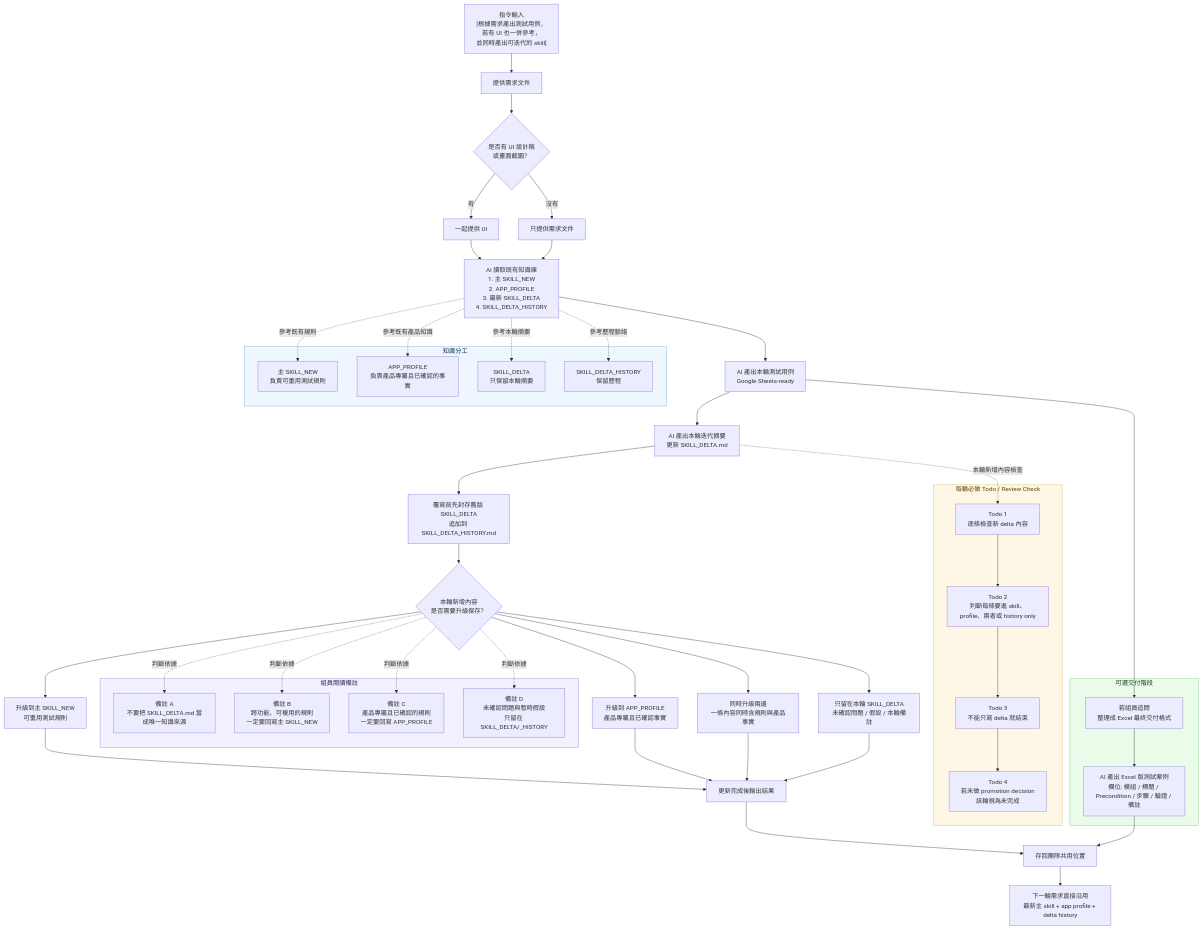
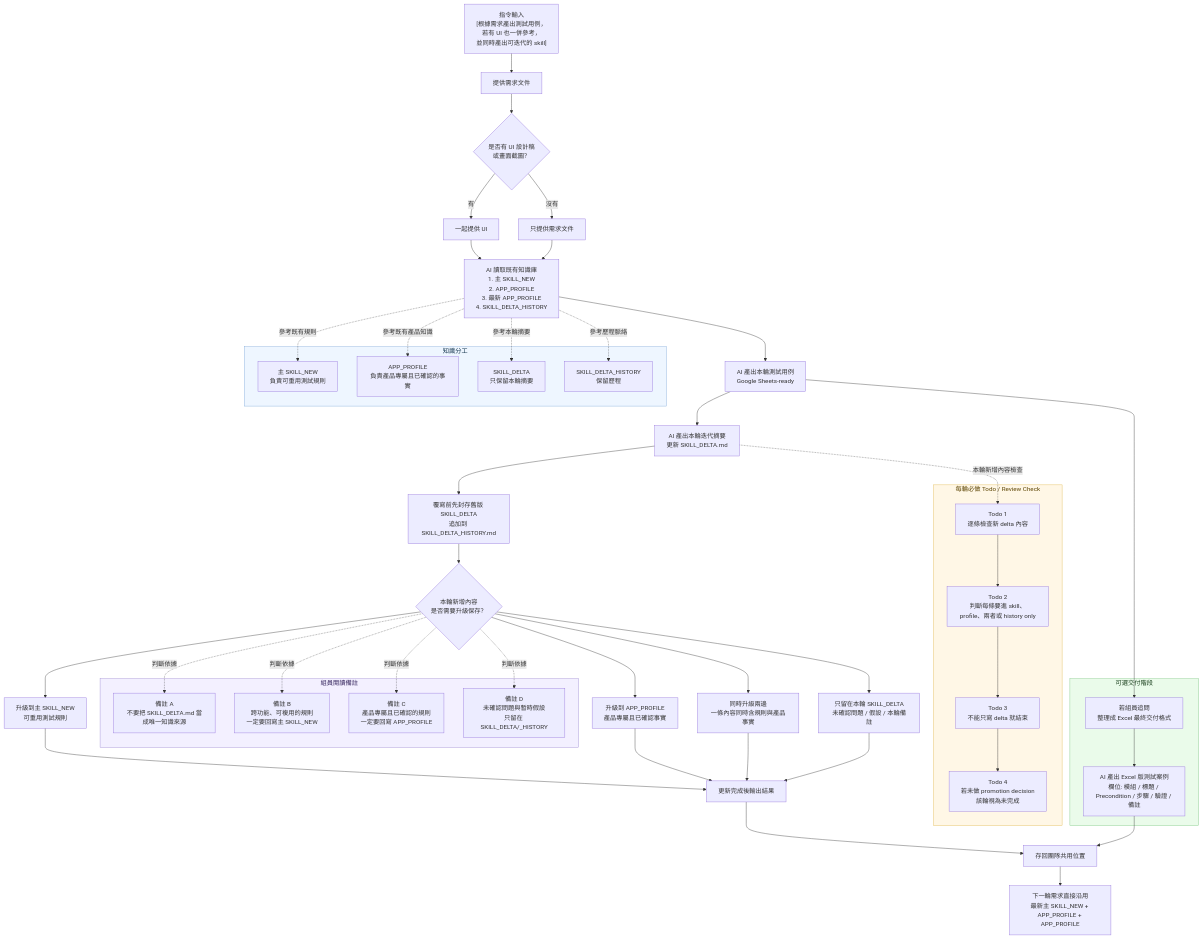
The diagram in cfd-manual-qa-regression/README.md (Jimmy-Kao/skills), drawn with Mermaid before and after one commit.

```diff
--- a/cfd-manual-qa-regression/README.md
+++ b/cfd-manual-qa-regression/README.md
@@ -6,7 +6,7 @@
     D["一起提供 UI"]
     E["只提供需求文件"]
 
-    F["AI 讀取既有知識庫<br/>1. 主 SKILL_NEW<br/>2. APP_PROFILE<br/>3. 最新 SKILL_DELTA<br/>4. SKILL_DELTA_HISTORY"]
+    F["AI 讀取既有知識庫<br/>1. 主 SKILL_NEW<br/>2. APP_PROFILE<br/>3. 最新 APP_PROFILE<br/>4. SKILL_DELTA_HISTORY"]
     G["AI 產出本輪測試用例<br/>Google Sheets-ready"]
     H["AI 產出本輪迭代摘要<br/>更新 SKILL_DELTA.md"]
 
@@ -19,7 +19,7 @@
     N["覆寫前先封存舊版 SKILL_DELTA<br/>追加到 SKILL_DELTA_HISTORY.md"]
     O["更新完成後輸出結果"]
     P["存回團隊共用位置"]
-    Q["下一輪需求直接沿用<br/>最新主 skill + app profile + delta history"]
+    Q["下一輪需求直接沿用<br/>最新主 SKILL_NEW + APP_PROFILE + APP_PROFILE"]
 
     subgraph KNOWLEDGE["知識分工"]
         KS["主 SKILL_NEW<br/>負責可重用測試規則"]
```
